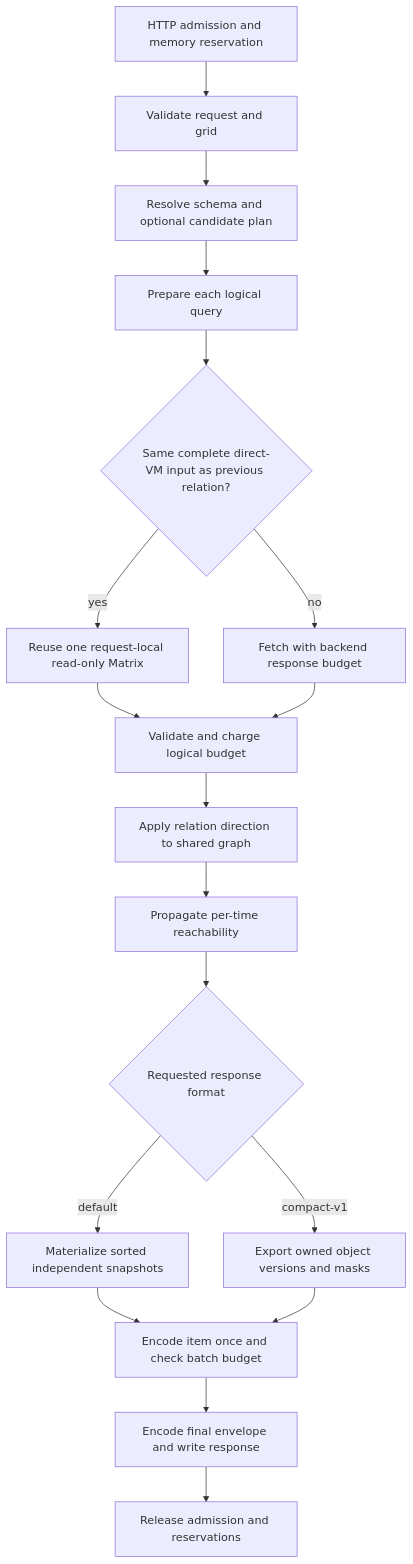
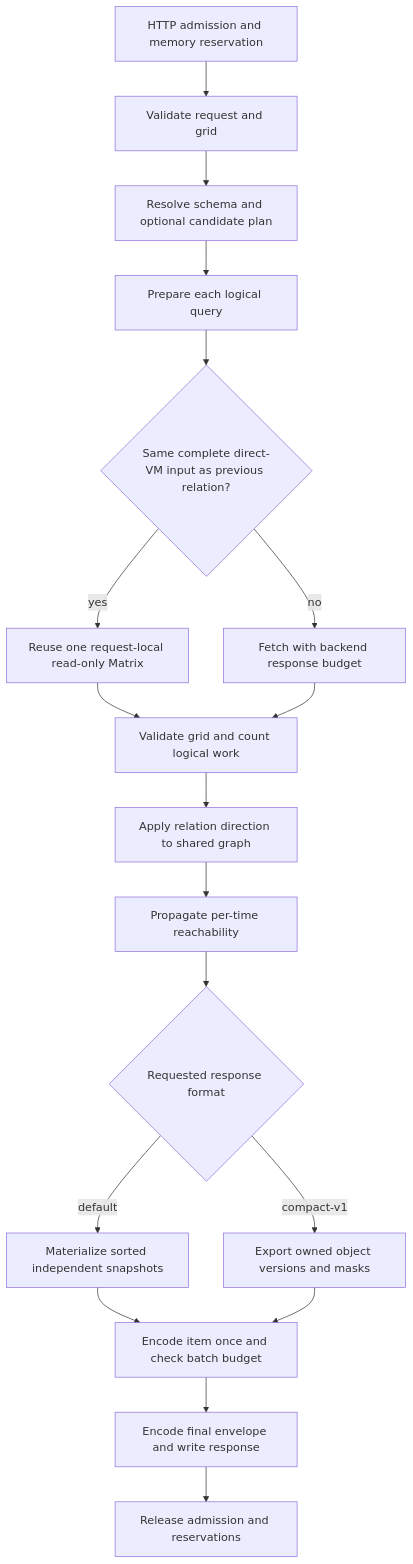
The diagram in pkg/unify-query/docs/timegraph-output-optimization.md (TencentBlueKing/bkmonitor-datalink), drawn with Mermaid before and after one commit. The commit also changed other lines of this file and 43 other files, not shown here.

````diff
--- a/pkg/unify-query/docs/timegraph-output-optimization.md
+++ b/pkg/unify-query/docs/timegraph-output-optimization.md
@@ -9,20 +9,20 @@
 ```mermaid
 flowchart TD
     A[HTTP admission and memory reservation] --> B[Validate request and grid]
     B --> C[Resolve schema and optional candidate plan]
     C --> D[Prepare each logical query]
     D --> E{Same complete direct-VM input as previous relation?}
     E -->|yes| F[Reuse one request-local read-only Matrix]
     E -->|no| G[Fetch with backend response budget]
-    F --> H[Validate and charge logical budget]
+    F --> H[Validate grid and count logical work]
     G --> H
     H --> I[Apply relation direction to shared graph]
     I --> J[Propagate per-time reachability]
     J --> K{Requested response format}
     K -->|default| L[Materialize sorted independent snapshots]
     K -->|compact-v1| M[Export owned object versions and masks]
     L --> N[Encode item once and check batch budget]
     M --> N
     N --> O[Encode final envelope and write response]
     O --> P[Release admission and reservations]
 ```
````
